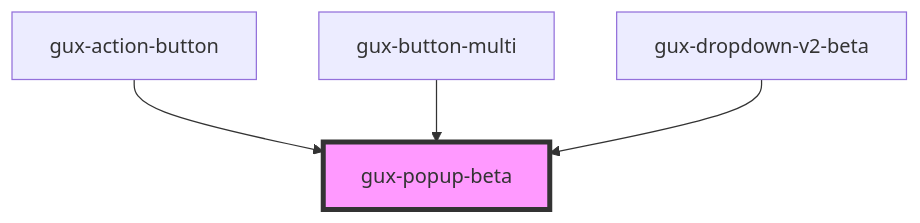
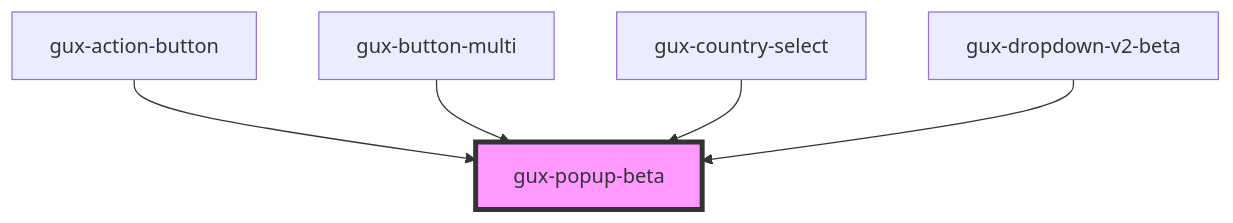
The diagram in src/components/beta/gux-popup/readme.md (MyPureCloud/genesys-spark), drawn with Mermaid before and after one commit. The commit also changed other lines of this file and 261 other files, not shown here.

````diff
--- a/src/components/beta/gux-popup/readme.md
+++ b/src/components/beta/gux-popup/readme.md
@@ -33,7 +34,8 @@
 ```mermaid
 graph TD;
   gux-action-button --> gux-popup-beta
   gux-button-multi --> gux-popup-beta
+  gux-country-select --> gux-popup-beta
   gux-dropdown-v2-beta --> gux-popup-beta
   style gux-popup-beta fill:#f9f,stroke:#333,stroke-width:4px
 ```
````
